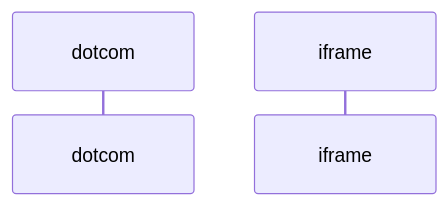
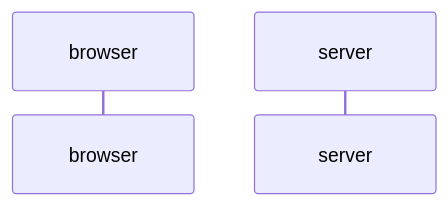
One commit to aaropaltemaa/palautukset2 changed the diagram in osa0/0.4.md. Above: the diagram before and after it, drawn with Mermaid.

````diff
--- a/osa0/0.4.md
+++ b/osa0/0.4.md
@@ -1,5 +1,5 @@
 ```mermaid
 sequenceDiagram
-  participant dotcom
-    participant iframe
+  participant browser
+  participant server
 ```
````
